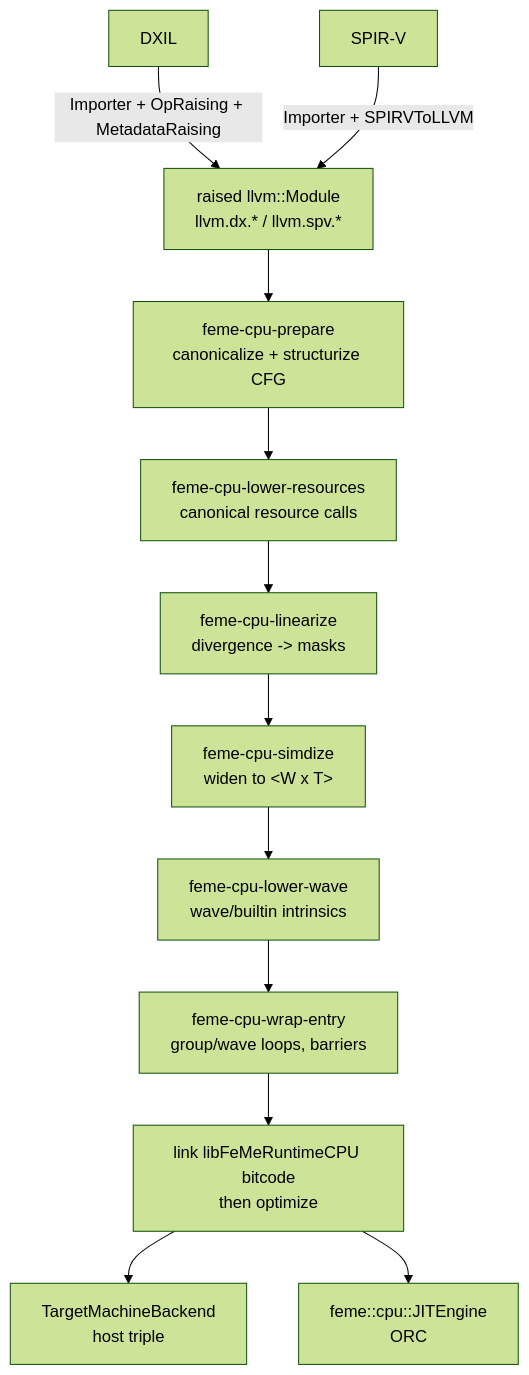
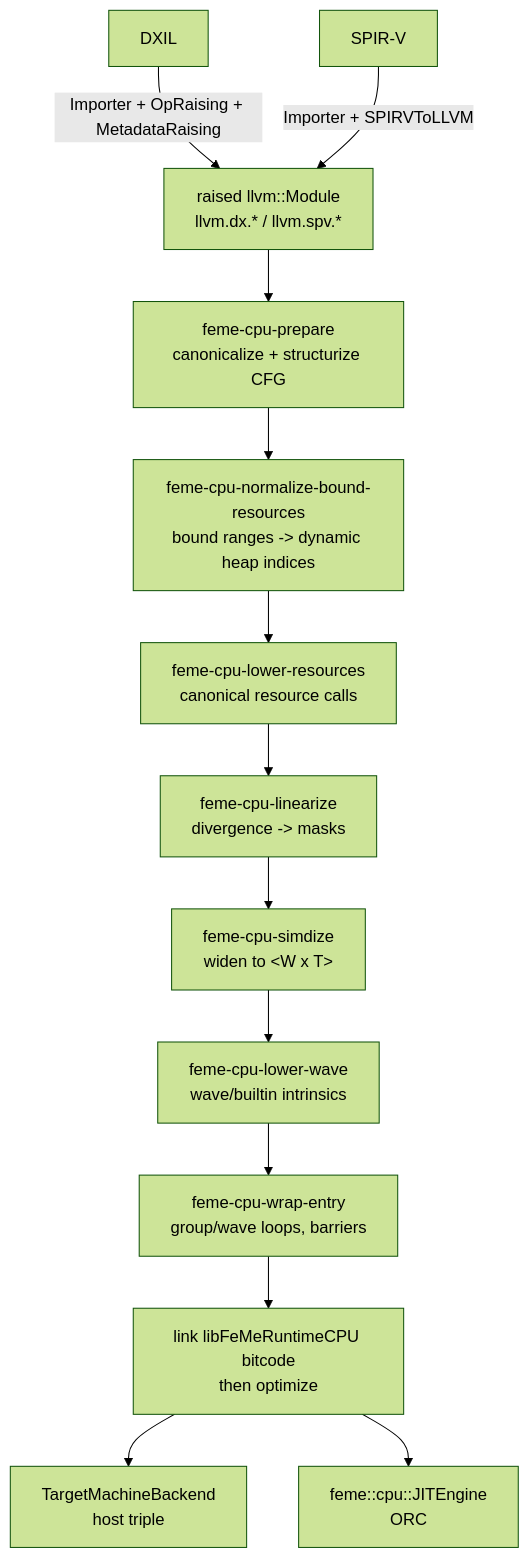
One commit to llvm-beanz/llvm-project changed the diagram in feme/docs/FeMeCPUDesign.md. Above: the diagram before and after it, drawn with Mermaid (forest theme). The commit also changed other lines of this file and 1 other file, not shown here.

````diff
--- a/feme/docs/FeMeCPUDesign.md
+++ b/feme/docs/FeMeCPUDesign.md
@@ -794,14 +805,15 @@
 ```mermaid
 flowchart TD
     DXIL[DXIL] -- Importer + OpRaising + MetadataRaising --> R[raised llvm::Module<br/>llvm.dx.* / llvm.spv.*]
     SPV[SPIR-V] -- Importer + SPIRVToLLVM --> R
     R --> PREP[feme-cpu-prepare<br/>canonicalize + structurize CFG]
-    PREP --> RES[feme-cpu-lower-resources<br/>canonical resource calls]
+    PREP --> BIND[feme-cpu-normalize-bound-resources<br/>bound ranges -> dynamic heap indices]
+    BIND --> RES[feme-cpu-lower-resources<br/>canonical resource calls]
     RES --> LIN[feme-cpu-linearize<br/>divergence -> masks]
     LIN --> SIMD[feme-cpu-simdize<br/>widen to &lt;W x T&gt;]
     SIMD --> WAVE[feme-cpu-lower-wave<br/>wave/builtin intrinsics]
     WAVE --> WRAP[feme-cpu-wrap-entry<br/>group/wave loops, barriers]
     WRAP --> RL[link libFeMeRuntimeCPU bitcode<br/>then optimize]
     RL --> TM[TargetMachineBackend<br/>host triple]
     RL --> JIT[feme::cpu::JITEngine<br/>ORC]
 ```
````
